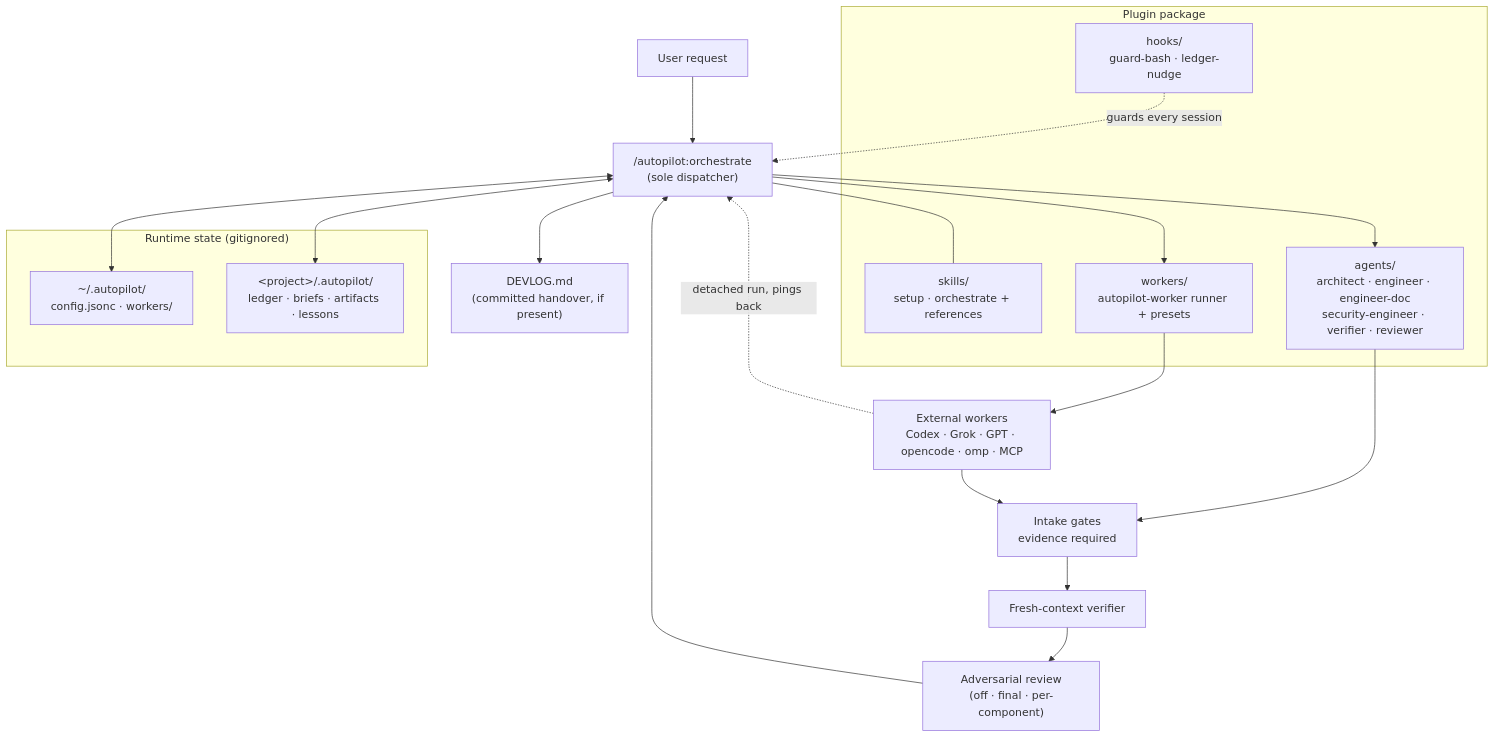
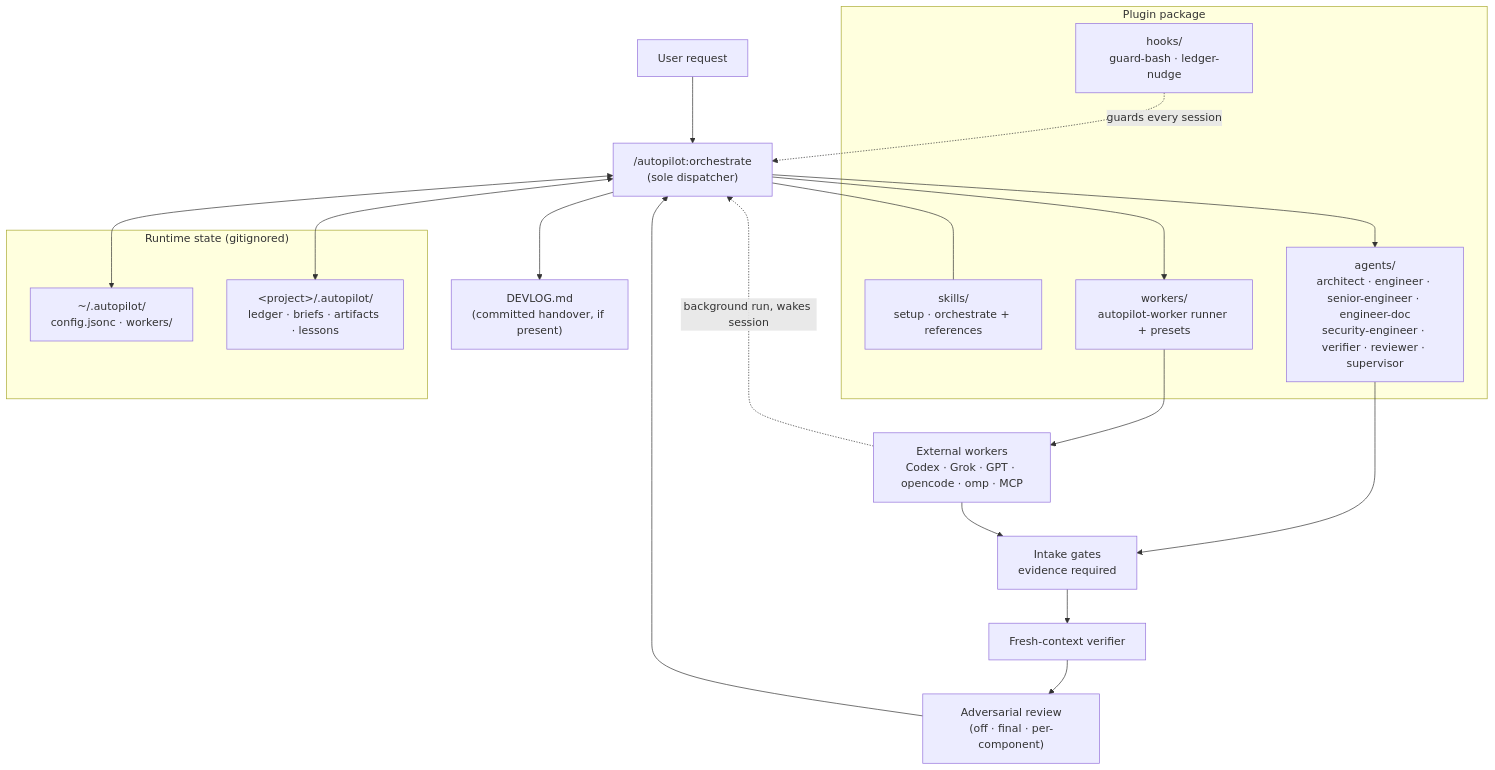
The diagram in README.md (sayre4ux/autopilot), drawn with Mermaid before and after one commit. The commit also changed other lines of this file and 66 other files, not shown here.

````diff
--- a/README.md
+++ b/README.md
@@ -110,34 +110,34 @@
 ```mermaid
 flowchart TB
     U[User request] --> O["/autopilot:orchestrate<br/>(sole dispatcher)"]
 
     subgraph plugin["Plugin package"]
         SK["skills/<br/>setup · orchestrate + references"]
-        AG["agents/<br/>architect · engineer · engineer-doc<br/>security-engineer · verifier · reviewer"]
+        AG["agents/<br/>architect · engineer · senior-engineer · engineer-doc<br/>security-engineer · verifier · reviewer · supervisor"]
         HK["hooks/<br/>guard-bash · ledger-nudge"]
         WR["workers/<br/>autopilot-worker runner + presets"]
     end
 
     O --- SK
     O --> AG
     O --> WR
     HK -.guards every session.-> O
 
     WR --> EXT["External workers<br/>Codex · Grok · GPT · opencode · omp · MCP"]
-    EXT -. detached run, pings back .-> O
+    EXT -. background run, wakes session .-> O
 
     AG --> IN[Intake gates<br/>evidence required]
     EXT --> IN
     IN --> VF[Fresh-context verifier]
     VF --> RV["Adversarial review<br/>(off · final · per-component)"]
     RV --> O
 
     subgraph state["Runtime state (gitignored)"]
         G["~/.autopilot/<br/>config.jsonc · workers/"]
         P["&lt;project&gt;/.autopilot/<br/>ledger · briefs · artifacts · lessons"]
     end
 
     O <--> P
     O <--> G
     O --> DL["DEVLOG.md<br/>(committed handover, if present)"]
 ```
````
